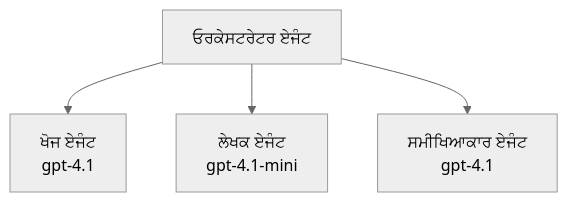
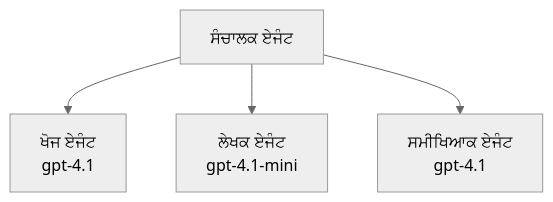
One commit to microsoft/AZD-for-beginners changed the third of 3 diagrams in translations/pa/docs/chapter-02-ai-development/agents.md. Above: the diagram before and after it, drawn with Mermaid (neutral theme). The commit also changed other lines of this file and 101 other files, not shown here.

````diff
--- a/translations/pa/docs/chapter-02-ai-development/agents.md
+++ b/translations/pa/docs/chapter-02-ai-development/agents.md
@@ -189,6 +194,6 @@
 ```mermaid
 graph TD
-    Orchestrator[ਓਰਕੇਸਟਰੇਟਰ ਏਜੰਟ] --> Research[ਖੋਜ ਏਜੰਟ<br/>gpt-4.1]
+    Orchestrator[ਸੰਚਾਲਕ ਏਜੰਟ] --> Research[ਖੋਜ ਏਜੰਟ<br/>gpt-4.1]
     Orchestrator --> Writer[ਲੇਖਕ ਏਜੰਟ<br/>gpt-4.1-mini]
-    Orchestrator --> Reviewer[ਸਮੀਖਿਆਕਾਰ ਏਜੰਟ<br/>gpt-4.1]
+    Orchestrator --> Reviewer[ਸਮੀਖਿਆਕ ਏਜੰਟ<br/>gpt-4.1]
 ```
````
